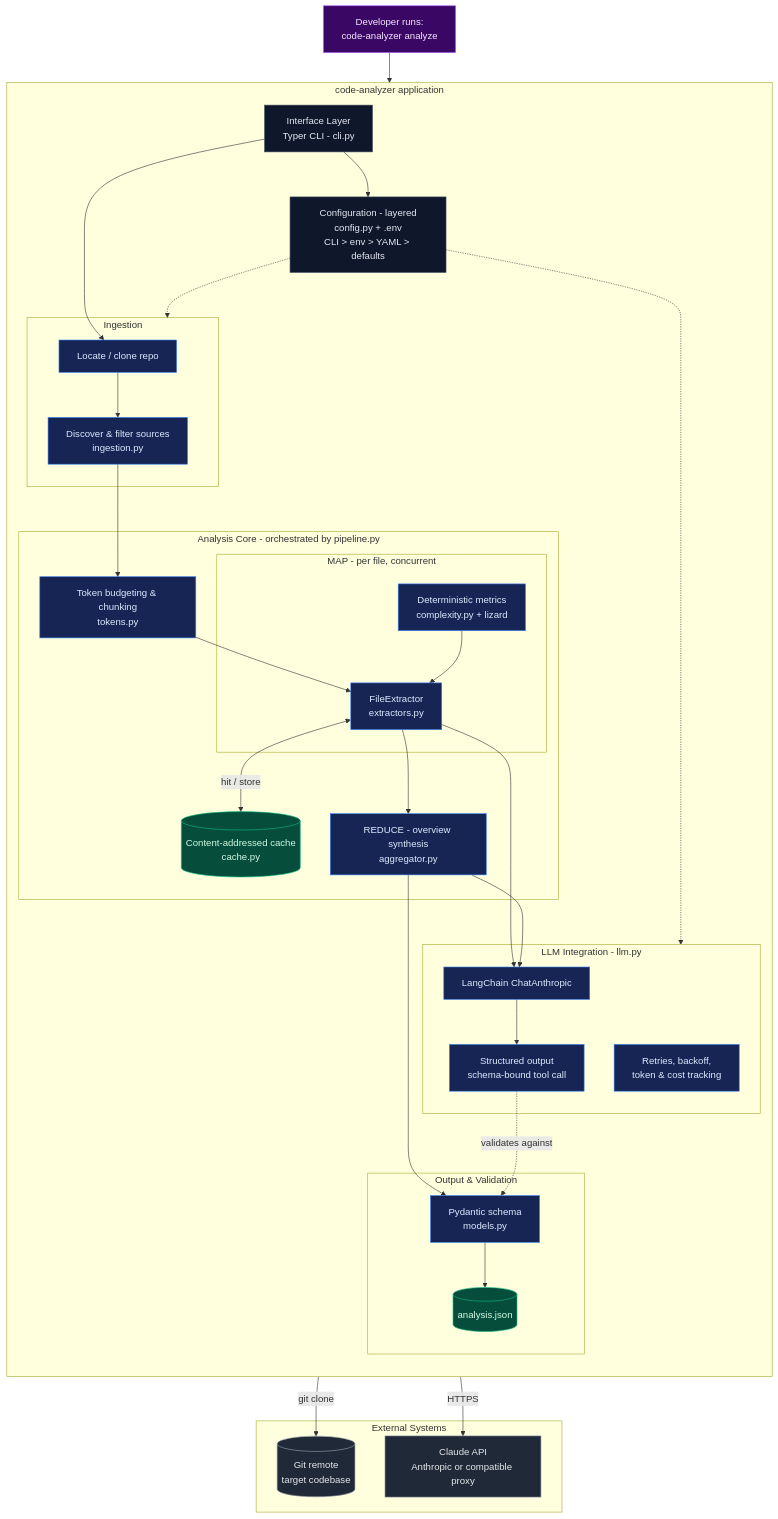
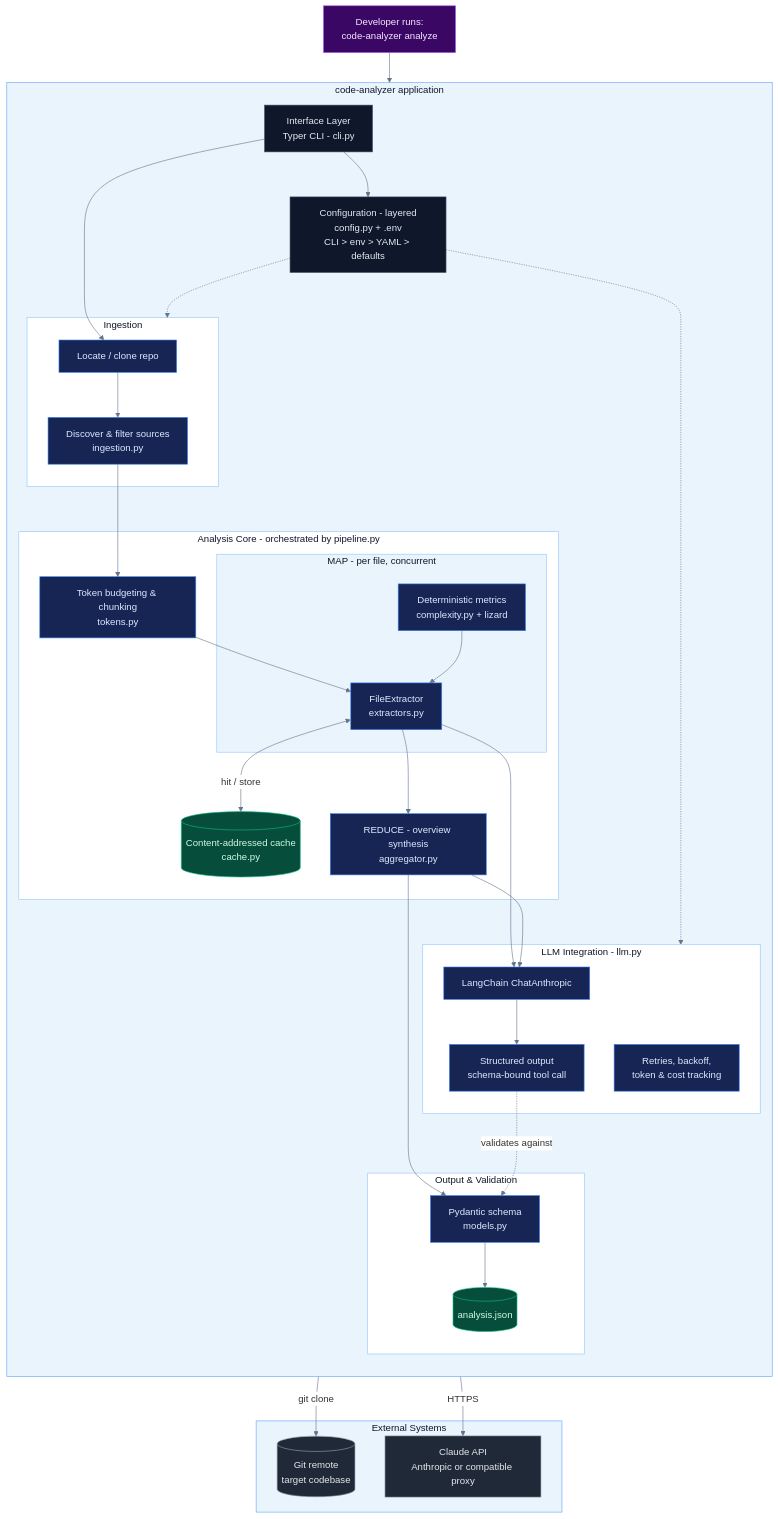
The diagram in docs/ARCHITECTURE.md (AI-Trent-404/codebase-analyzer-llm), drawn with Mermaid before and after one commit.

Commit message:
Restyle architecture diagram to light blue and white

````diff
--- a/docs/ARCHITECTURE.md
+++ b/docs/ARCHITECTURE.md
@@ -9,64 +9,73 @@
 ```mermaid
+%%{init: {'theme':'base', 'themeVariables': {'edgeLabelBackground':'#ffffff', 'lineColor':'#64748b'}}}%%
 flowchart TB
     U["Developer runs:<br/>code-analyzer analyze"]:::user
 
     subgraph APP["code-analyzer application"]
       direction TB
       CLI["Interface Layer<br/>Typer CLI - cli.py"]:::layer
       CFG["Configuration - layered<br/>config.py + .env<br/>CLI &gt; env &gt; YAML &gt; defaults"]:::layer
 
       subgraph ING["Ingestion"]
         LOC["Locate / clone repo"]:::comp
         FILT["Discover &amp; filter sources<br/>ingestion.py"]:::comp
       end
 
       subgraph CORE["Analysis Core - orchestrated by pipeline.py"]
         BUD["Token budgeting &amp; chunking<br/>tokens.py"]:::comp
         subgraph MAP["MAP - per file, concurrent"]
           EX["FileExtractor<br/>extractors.py"]:::comp
           LZ["Deterministic metrics<br/>complexity.py + lizard"]:::comp
         end
         RED["REDUCE - overview synthesis<br/>aggregator.py"]:::comp
         CA[("Content-addressed cache<br/>cache.py")]:::store
       end
 
       subgraph LLMI["LLM Integration - llm.py"]
         CHAT["LangChain ChatAnthropic"]:::comp
         STR["Structured output<br/>schema-bound tool call"]:::comp
         RSU["Retries, backoff,<br/>token &amp; cost tracking"]:::comp
       end
 
       subgraph OUT["Output &amp; Validation"]
         MOD["Pydantic schema<br/>models.py"]:::comp
         OUTJ[("analysis.json")]:::store
       end
     end
 
     subgraph EXT["External Systems"]
       GIT[("Git remote<br/>target codebase")]:::ext
       API["Claude API<br/>Anthropic or compatible proxy"]:::ext
     end
 
     U --> CLI
     CLI --> CFG
     CLI --> LOC
     LOC -->|git clone| GIT
     LOC --> FILT --> BUD --> EX
     LZ --> EX
     EX <-->|hit / store| CA
     EX --> CHAT
     RED --> CHAT
     CHAT --> STR
     CHAT -->|HTTPS| API
     EX --> RED
     RED --> MOD --> OUTJ
     STR -.->|validates against| MOD
     CFG -.-> ING
     CFG -.-> LLMI
 
+    style APP fill:#eaf4fd,stroke:#60a5fa,color:#0f172a
+    style ING fill:#ffffff,stroke:#93c5fd,color:#0f172a
+    style CORE fill:#ffffff,stroke:#93c5fd,color:#0f172a
+    style MAP fill:#eaf4fd,stroke:#93c5fd,color:#0f172a
+    style LLMI fill:#ffffff,stroke:#93c5fd,color:#0f172a
+    style OUT fill:#ffffff,stroke:#93c5fd,color:#0f172a
+    style EXT fill:#eaf4fd,stroke:#60a5fa,color:#0f172a
+
     classDef user fill:#3b0764,stroke:#a855f7,color:#f3e8ff;
     classDef layer fill:#0f172a,stroke:#475569,color:#e2e8f0;
     classDef comp fill:#172554,stroke:#3b82f6,color:#dbeafe;
     classDef store fill:#064e3b,stroke:#10b981,color:#d1fae5;
     classDef ext fill:#1f2937,stroke:#9ca3af,color:#e5e7eb;
 ```
````
